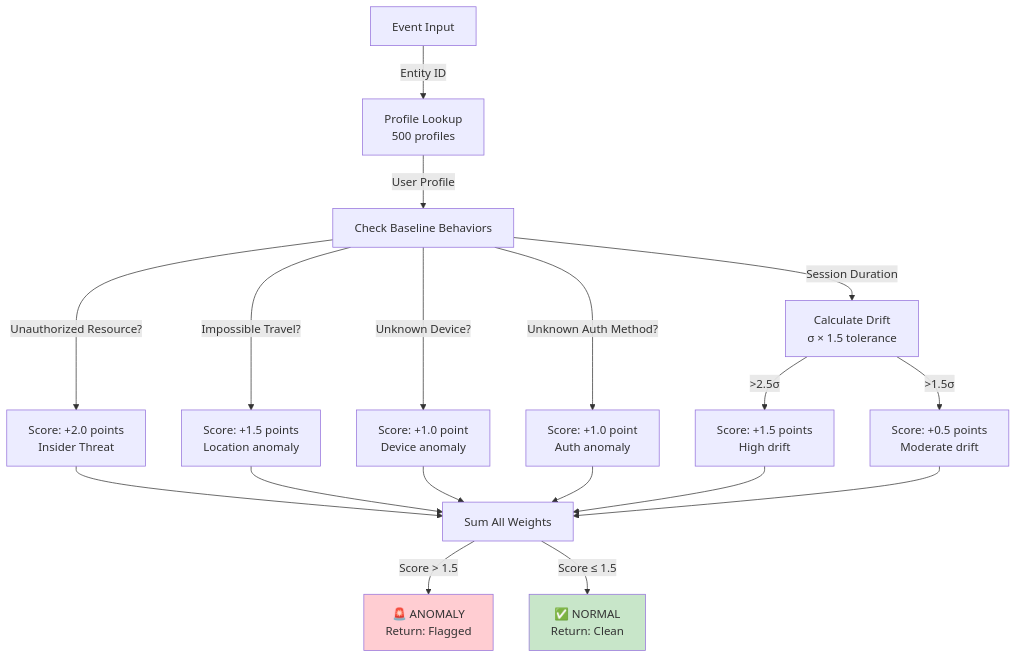
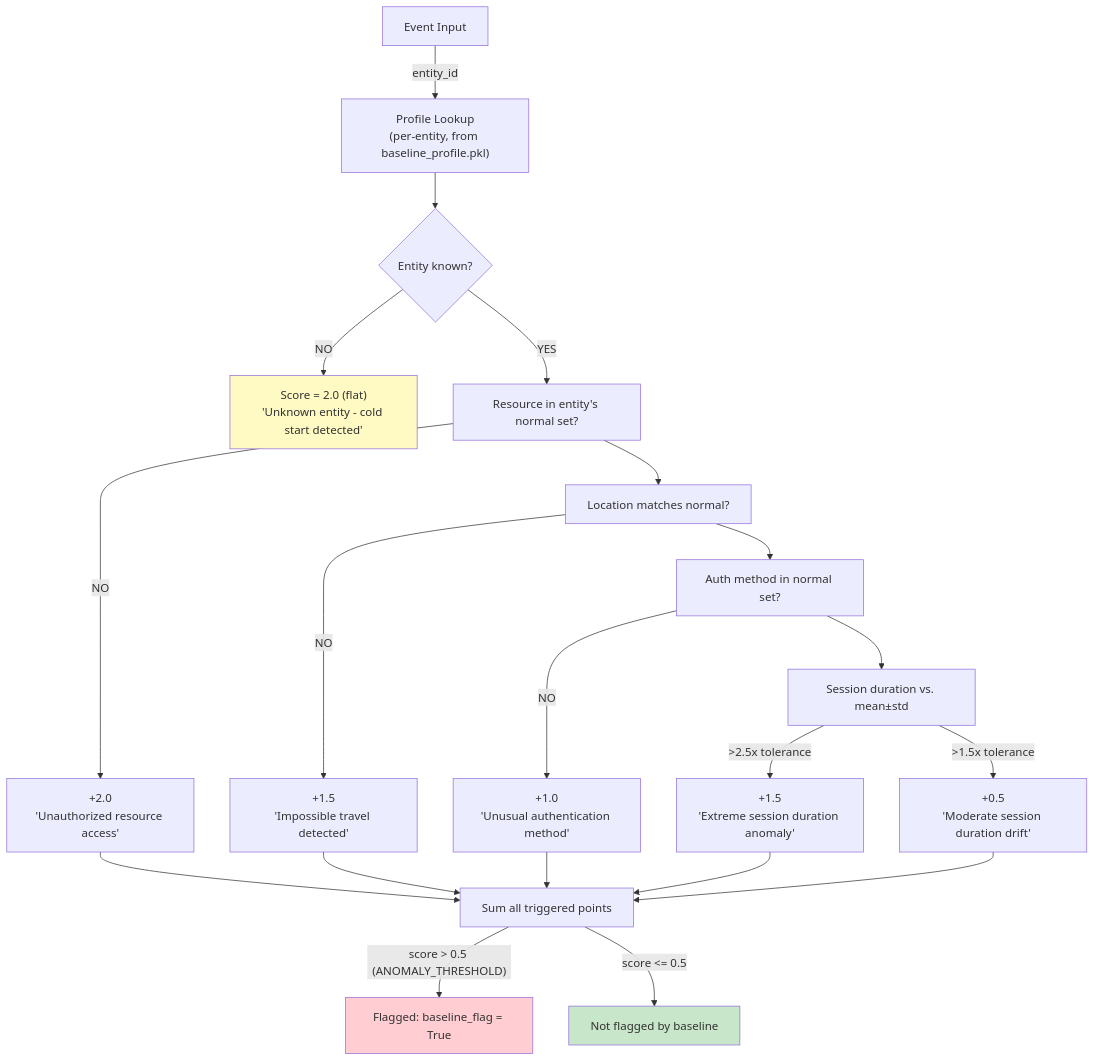
The third of 5 diagrams in ARCHITECTURE.md (rupeshdharavath/Anomaly-Detection-cyber), drawn with Mermaid before and after one commit. The commit also changed other lines of this file and 4 other files, not shown here.

````diff
--- a/ARCHITECTURE.md
+++ b/ARCHITECTURE.md
@@ -155,28 +93,34 @@
 ```mermaid
 graph TD
     Event["Event Input"]
-    Event -->|Entity ID| Lookup["Profile Lookup<br/>500 profiles"]
-    
-    Lookup -->|User Profile| Check1["Check Baseline Behaviors"]
-    Check1 -->|Unauthorized Resource?| Score1["Score: +2.0 points<br/>Insider Threat"]
-    Check1 -->|Impossible Travel?| Score2["Score: +1.5 points<br/>Location anomaly"]
-    Check1 -->|Unknown Device?| Score3["Score: +1.0 point<br/>Device anomaly"]
-    Check1 -->|Unknown Auth Method?| Score4["Score: +1.0 point<br/>Auth anomaly"]
-    
-    Check1 -->|Session Duration| Drift["Calculate Drift<br/>σ × 1.5 tolerance"]
-    Drift -->|>2.5σ| Score5["Score: +1.5 points<br/>High drift"]
-    Drift -->|>1.5σ| Score6["Score: +0.5 points<br/>Moderate drift"]
-    
-    Score1 --> Sum["Sum All Weights"]
+    Event -->|entity_id| Lookup["Profile Lookup<br/>(per-entity, from baseline_profile.pkl)"]
+
+    Lookup --> Cold{"Entity known?"}
+    Cold -->|NO| ColdScore["Score = 2.0 (flat)<br/>'Unknown entity - cold start detected'"]
+
+    Cold -->|YES| Check1["Resource in entity's normal set?"]
+    Check1 -->|NO| Score1["+2.0<br/>'Unauthorized resource access'"]
+
+    Check1 --> Check2["Location matches normal?"]
+    Check2 -->|NO| Score2["+1.5<br/>'Impossible travel detected'"]
+
+    Check2 --> Check3["Auth method in normal set?"]
+    Check3 -->|NO| Score3["+1.0<br/>'Unusual authentication method'"]
+
+    Check3 --> Check4["Session duration vs. mean±std"]
+    Check4 -->|">2.5x tolerance"| Score4["+1.5<br/>'Extreme session duration anomaly'"]
+    Check4 -->|">1.5x tolerance"| Score5["+0.5<br/>'Moderate session duration drift'"]
+
+    Score1 --> Sum["Sum all triggered points"]
     Score2 --> Sum
     Score3 --> Sum
     Score4 --> Sum
     Score5 --> Sum
-    Score6 --> Sum
-    
-    Sum -->|Score > 1.5| Flag["🚨 ANOMALY<br/>Return: Flagged"]
-    Sum -->|Score ≤ 1.5| Normal["✅ NORMAL<br/>Return: Clean"]
-    
+
+    Sum -->|"score > 0.5 (ANOMALY_THRESHOLD)"| Flag["Flagged: baseline_flag = True"]
+    Sum -->|"score <= 0.5"| Normal["Not flagged by baseline"]
+
     style Flag fill:#ffcdd2
     style Normal fill:#c8e6c9
+    style ColdScore fill:#fff9c4
 ```
````
